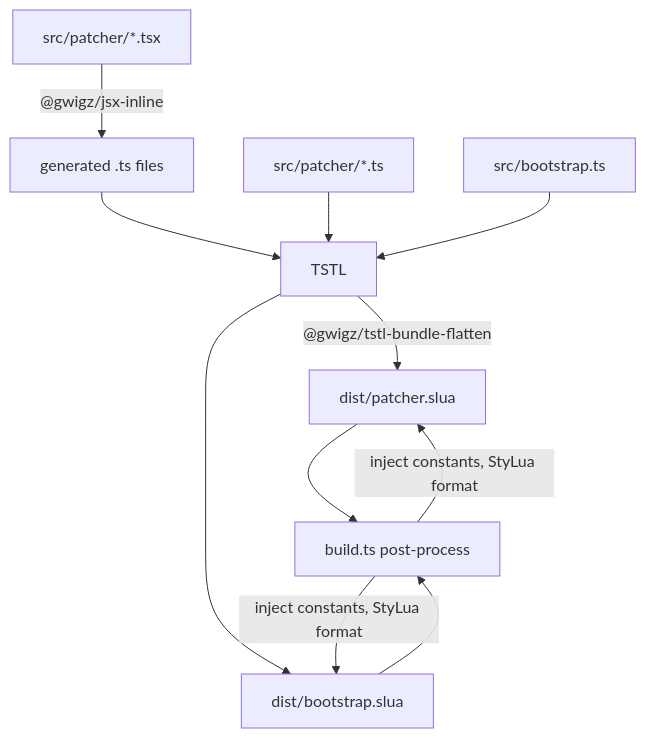
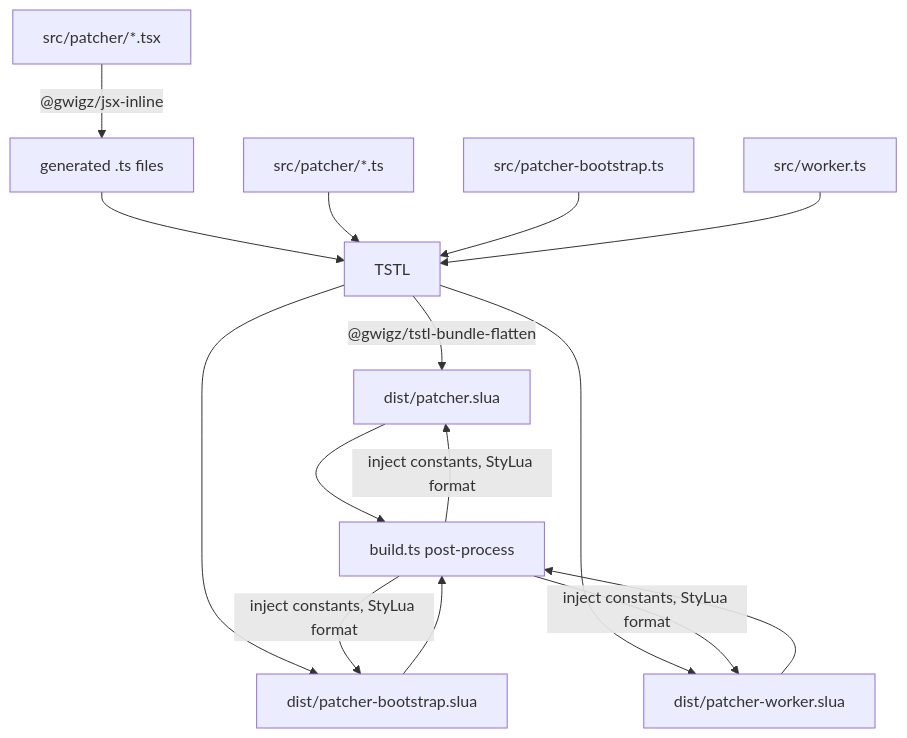
Before and after one commit to gwigz/slua-derez-patcher: the third of 4 diagrams in docs/architecture.md, drawn with Mermaid. The commit also changed other lines of this file and 14 other files, not shown here.

Commit message:
feat: add patcher-worker scripts for parallel loading (#6)

````diff
--- a/docs/architecture.md
+++ b/docs/architecture.md
@@ -124,13 +166,17 @@
 ```mermaid
 flowchart TD
     A["src/patcher/*.tsx"] -->|"@gwigz/jsx-inline"| B["generated .ts files"]
     B --> C["TSTL"]
     D["src/patcher/*.ts"] --> C
-    E["src/bootstrap.ts"] --> C
+    E["src/patcher-bootstrap.ts"] --> C
+    W["src/worker.ts"] --> C
     C -->|"@gwigz/tstl-bundle-flatten"| F["dist/patcher.slua"]
-    C --> G["dist/bootstrap.slua"]
+    C --> G["dist/patcher-bootstrap.slua"]
+    C --> X["dist/patcher-worker.slua"]
     F --> H["build.ts post-process"]
     G --> H
+    X --> H
     H -->|"inject constants, StyLua format"| F
     H -->|"inject constants, StyLua format"| G
+    H -->|"inject constants, StyLua format"| X
 ```
````
